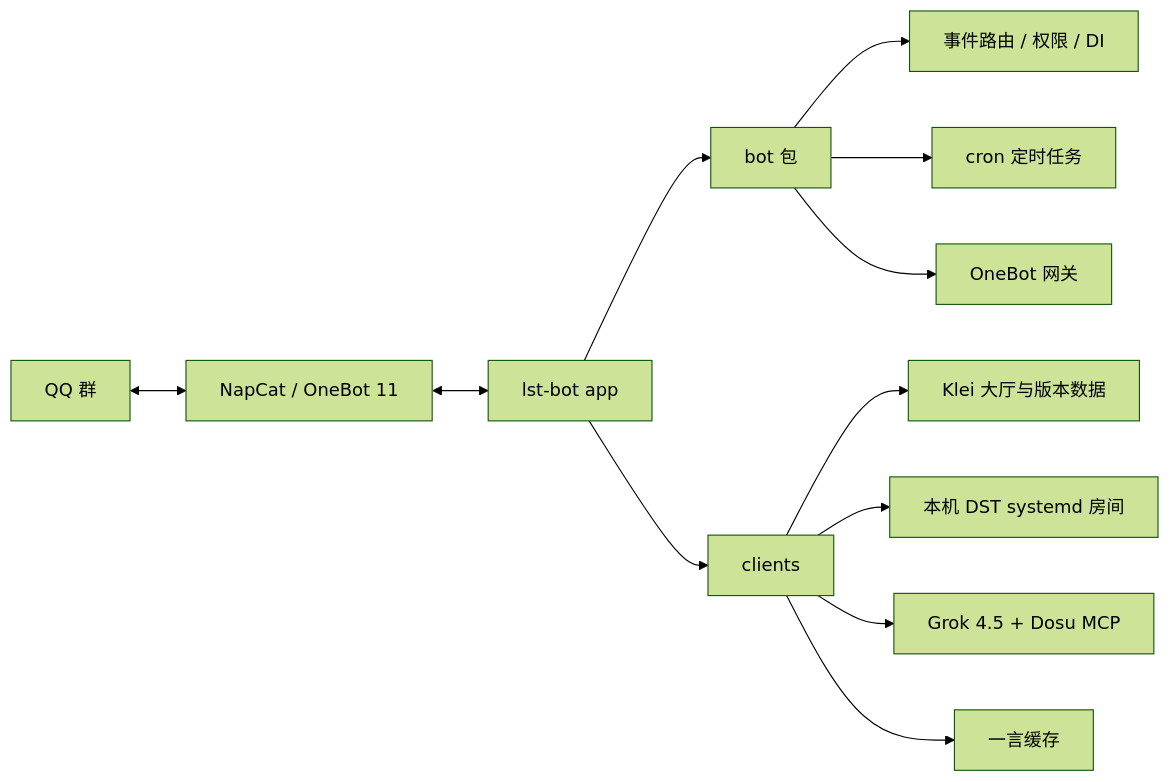
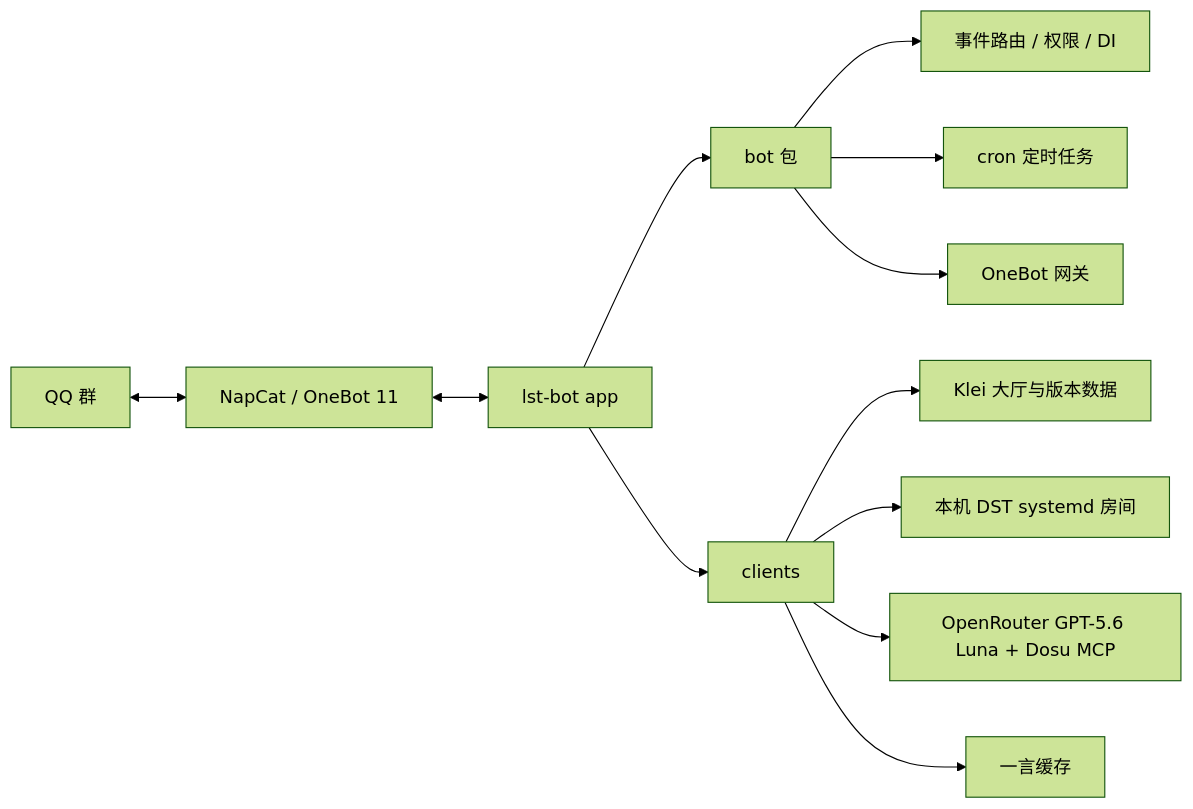
Before and after one commit to LetsStarveTogether/lst-bot: the diagram in README.zh-Hans.md, drawn with Mermaid (forest theme). The commit also changed other lines of this file and 8 other files, not shown here.

Commit message:
feat(agent): use GPT-5.6 Luna via OpenRouter

````diff
--- a/README.zh-Hans.md
+++ b/README.zh-Hans.md
@@ -24,16 +24,16 @@
 ```mermaid
 flowchart LR
     QQ[QQ 群] <--> NapCat[NapCat / OneBot 11]
     NapCat <--> Bot[lst-bot app]
 
     Bot --> Framework[bot 包]
     Framework --> Router[事件路由 / 权限 / DI]
     Framework --> Scheduler[cron 定时任务]
     Framework --> Gateway[OneBot 网关]
 
     Bot --> Clients[clients]
     Clients --> Klei[Klei 大厅与版本数据]
     Clients --> DST[本机 DST systemd 房间]
-    Clients --> AI[Grok 4.5 + Dosu MCP]
+    Clients --> AI[OpenRouter GPT-5.6 Luna + Dosu MCP]
     Clients --> Hitokoto[一言缓存]
 ```
````
